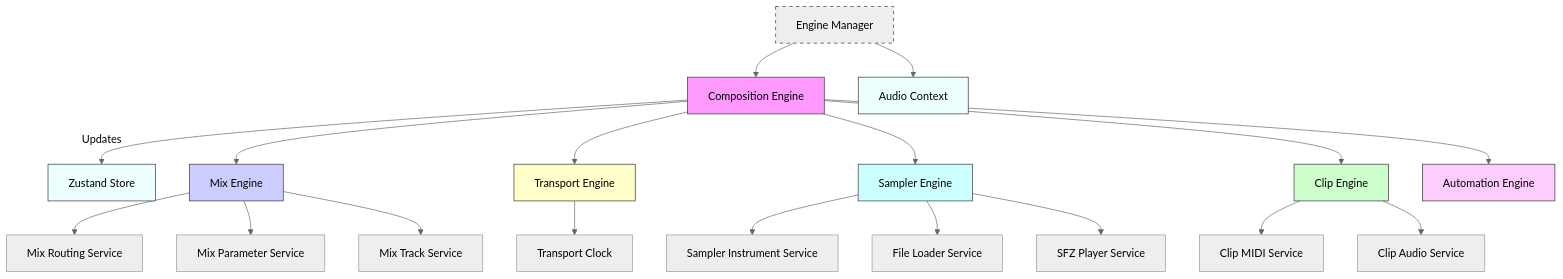
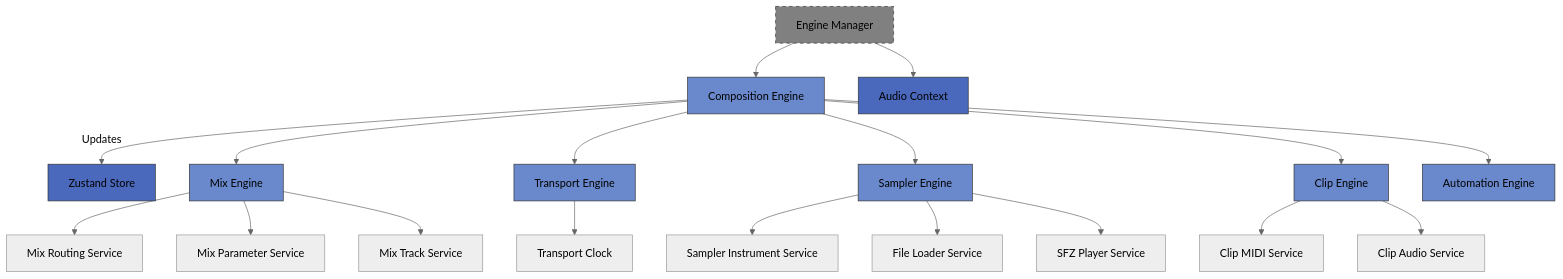
Before and after one commit to yannmazita/daw.ts: the first of 3 diagrams in README.md, drawn with Mermaid (neutral theme). The commit also changed other lines of this file, not shown here.

Commit message:
Updated diagrams to be readable in dark mode

````diff
--- a/README.md
+++ b/README.md
@@ -38,35 +38,35 @@
 ```mermaid
 graph TD
     EM[Engine Manager] --> CE[Composition Engine]
     CE[Composition Engine] -- Updates --> ZS[Zustand Store]
     CE --> ME[Mix Engine]
     CE --> TE[Transport Engine]
     CE --> SE[Sampler Engine]
     CE --> CLE[Clip Engine]
     CE --> AE[Automation Engine]
 
     ME --> MRS[Mix Routing Service]
     ME --> MPS[Mix Parameter Service]
     ME --> MTS[Mix Track Service]
 
     SE --> SIS[Sampler Instrument Service]
     SE --> FLS[File Loader Service]
     SE --> SPS[SFZ Player Service]
 
     CLE --> CMS[Clip MIDI Service]
     CLE --> CAS[Clip Audio Service]
 
     TE --> TC[Transport Clock]
 
     EM --> AC[Audio Context]
 
-    style EM fill:#eee,stroke:#333,stroke-dasharray: 5 5
-    style CE fill:#f9f,stroke:#333
-    style ZS fill:#eff,stroke:#333
-    style AC fill:#eff,stroke:#333
-    style ME fill:#ccf,stroke:#333
-    style SE fill:#cff,stroke:#333
-    style CLE fill:#cfc,stroke:#333
-    style TE fill:#ffc,stroke:#333
-    style AE fill:#fcf,stroke:#333
+    style EM fill:#808080,stroke:#333,stroke-dasharray: 5 5
+    style CE fill:#6a89cc,stroke:#333
+    style ZS fill:#4a69bd,stroke:#333
+    style AC fill:#4a69bd,stroke:#333
+    style ME fill:#6a89cc,stroke:#333
+    style SE fill:#6a89cc,stroke:#333
+    style CLE fill:#6a89cc,stroke:#333
+    style TE fill:#6a89cc,stroke:#333
+    style AE fill:#6a89cc,stroke:#333
 ```
````
